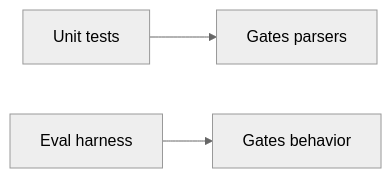
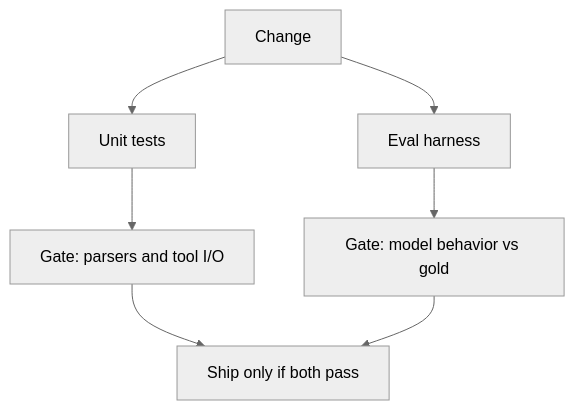
The diagram in 36-AI-TESTING/01-overview.md (krishnaviswa/AiLearner), drawn with Mermaid (neutral theme) before and after one commit. The commit also changed 109 other files, not shown here.

Commit message:
Enhance dependency graphs and styling across multiple HTML files. Added class definitions for various components to improve visual representation and organization. Updated flowcharts to include subgraphs for better clarity in the architecture and decision-making processes.

````diff
--- a/36-AI-TESTING/01-overview.md
+++ b/36-AI-TESTING/01-overview.md
@@ -24,5 +24,9 @@
 ```mermaid
-flowchart LR
-  U[Unit tests] --> G[Gates parsers]
-  H[Eval harness] --> B[Gates behavior]
+flowchart TD
+  Change[Change] --> U[Unit tests]
+  Change --> H[Eval harness]
+  U --> G[Gate: parsers and tool I/O]
+  H --> B[Gate: model behavior vs gold]
+  G --> Ship[Ship only if both pass]
+  B --> Ship
 ```
````
